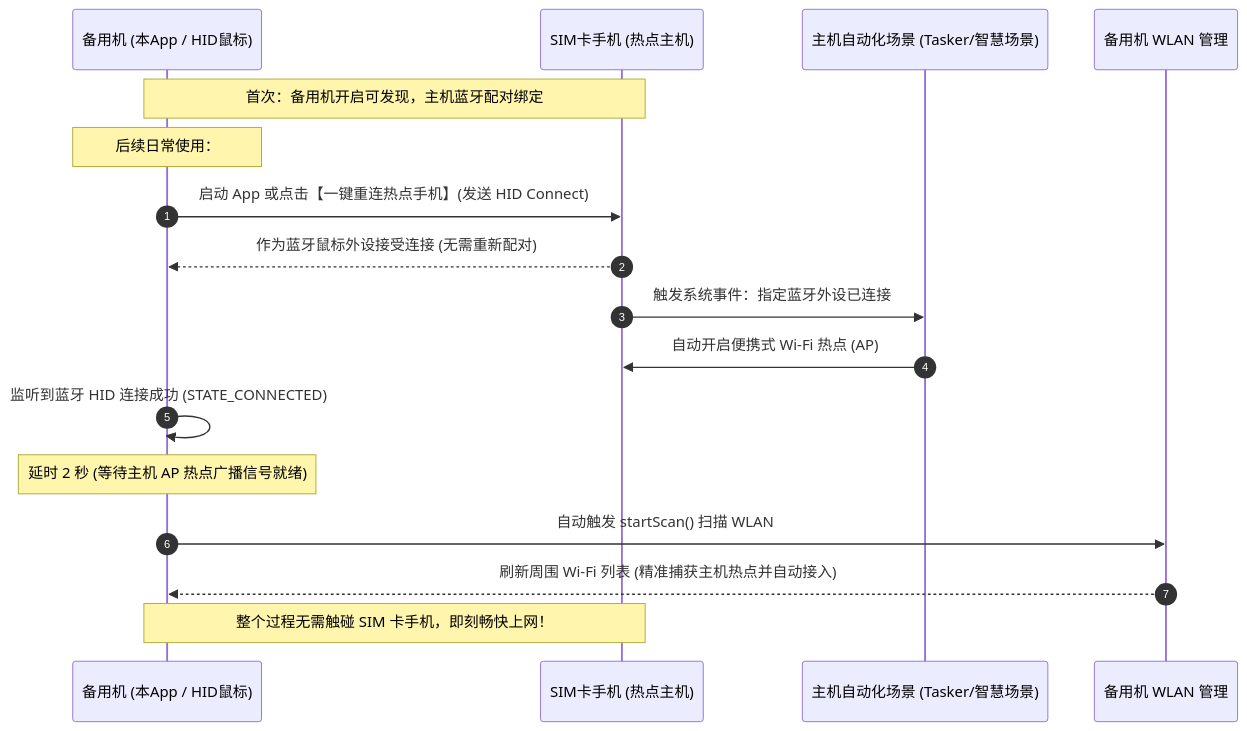
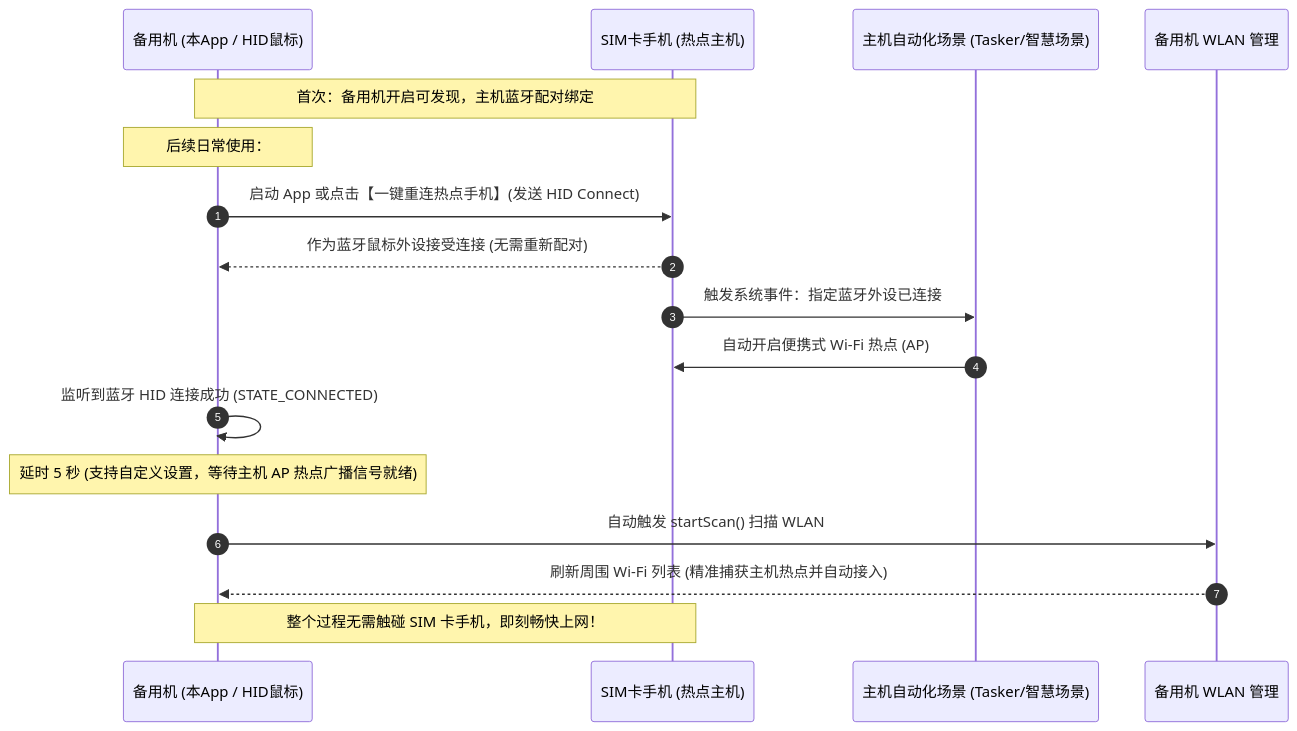
The diagram in README.md (jimifm/BlueWiFi), drawn with Mermaid before and after one commit. The commit also changed other lines of this file and 4 other files, not shown here.

````diff
--- a/README.md
+++ b/README.md
@@ -15,20 +15,20 @@
 ```mermaid
 sequenceDiagram
     autonumber
     participant Slave as 备用机 (本App / HID鼠标)
     participant Master as SIM卡手机 (热点主机)
     participant Scene as 主机自动化场景 (Tasker/智慧场景)
     participant Wifi as 备用机 WLAN 管理
 
     Note over Slave, Master: 首次：备用机开启可发现，主机蓝牙配对绑定
     Note over Slave: 后续日常使用：
     Slave->>Master: 启动 App 或点击【一键重连热点手机】(发送 HID Connect)
     Master-->>Slave: 作为蓝牙鼠标外设接受连接 (无需重新配对)
     Master->>Scene: 触发系统事件：指定蓝牙外设已连接
     Scene->>Master: 自动开启便携式 Wi-Fi 热点 (AP)
     Slave->>Slave: 监听到蓝牙 HID 连接成功 (STATE_CONNECTED)
-    Note over Slave: 延时 2 秒 (等待主机 AP 热点广播信号就绪)
+    Note over Slave: 延时 5 秒 (支持自定义设置，等待主机 AP 热点广播信号就绪)
     Slave->>Wifi: 自动触发 startScan() 扫描 WLAN
     Wifi-->>Slave: 刷新周围 Wi-Fi 列表 (精准捕获主机热点并自动接入)
     Note over Slave, Master: 整个过程无需触碰 SIM 卡手机，即刻畅快上网！
 ```
````
